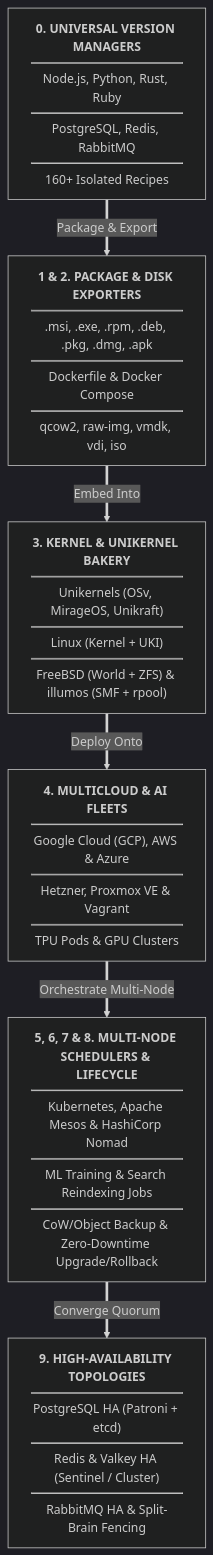
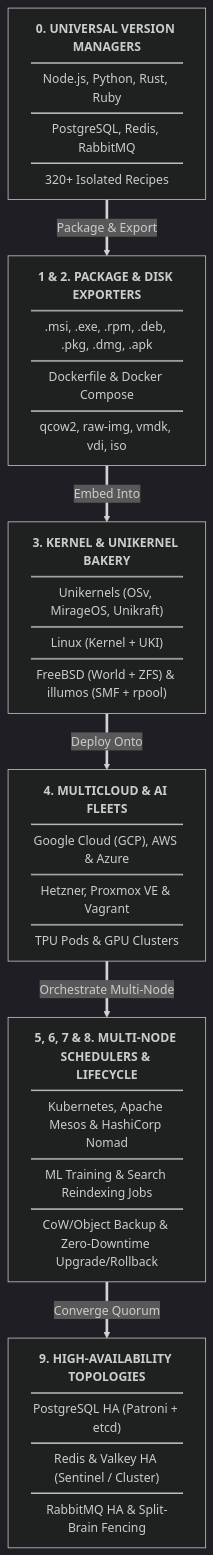
One commit to SamuelMarks/libscript changed the first of 8 diagrams in ARCHITECTURE.md. Above: the diagram before and after it, drawn with Mermaid (dark theme). The commit also changed other lines of this file and 652 other files, not shown here.

````diff
--- a/ARCHITECTURE.md
+++ b/ARCHITECTURE.md
@@ -28,20 +28,20 @@
 ```mermaid
 flowchart TD
-    VMS["<b>0. UNIVERSAL VERSION MANAGERS</b><hr/>Node.js, Python, Rust, Ruby<hr/>PostgreSQL, Redis, RabbitMQ<hr/>160+ Isolated Recipes"]
+    VMS["<b>0. UNIVERSAL VERSION MANAGERS</b><hr/>Node.js, Python, Rust, Ruby<hr/>PostgreSQL, Redis, RabbitMQ<hr/>320+ Isolated Recipes"]
 
     PKG["<b>1 & 2. PACKAGE & DISK EXPORTERS</b><hr/>.msi, .exe, .rpm, .deb, .pkg, .dmg, .apk<hr/>Dockerfile & Docker Compose<hr/>qcow2, raw-img, vmdk, vdi, iso"]
 
     OS["<b>3. KERNEL & UNIKERNEL BAKERY</b><hr/>Unikernels (OSv, MirageOS, Unikraft)<hr/>Linux (Kernel + UKI)<hr/>FreeBSD (World + ZFS) & illumos (SMF + rpool)"]
 
     CLOUD["<b>4. MULTICLOUD & AI FLEETS</b><hr/>Google Cloud (GCP), AWS & Azure<hr/>Hetzner, Proxmox VE & Vagrant<hr/>TPU Pods & GPU Clusters"]
 
     SCHED["<b>5, 6, 7 & 8. MULTI-NODE SCHEDULERS & LIFECYCLE</b><hr/>Kubernetes, Apache Mesos & HashiCorp Nomad<hr/>ML Training & Search Reindexing Jobs<hr/>CoW/Object Backup & Zero-Downtime Upgrade/Rollback"]
 
     HA["<b>9. HIGH-AVAILABILITY TOPOLOGIES</b><hr/>PostgreSQL HA (Patroni + etcd)<hr/>Redis & Valkey HA (Sentinel / Cluster)<hr/>RabbitMQ HA & Split-Brain Fencing"]
 
     VMS ==>|"Package & Export"| PKG
     PKG ==>|"Embed Into"| OS
     OS ==>|"Deploy Onto"| CLOUD
     CLOUD ==>|"Orchestrate Multi-Node"| SCHED
     SCHED ==>|"Converge Quorum"| HA
 ```
````
